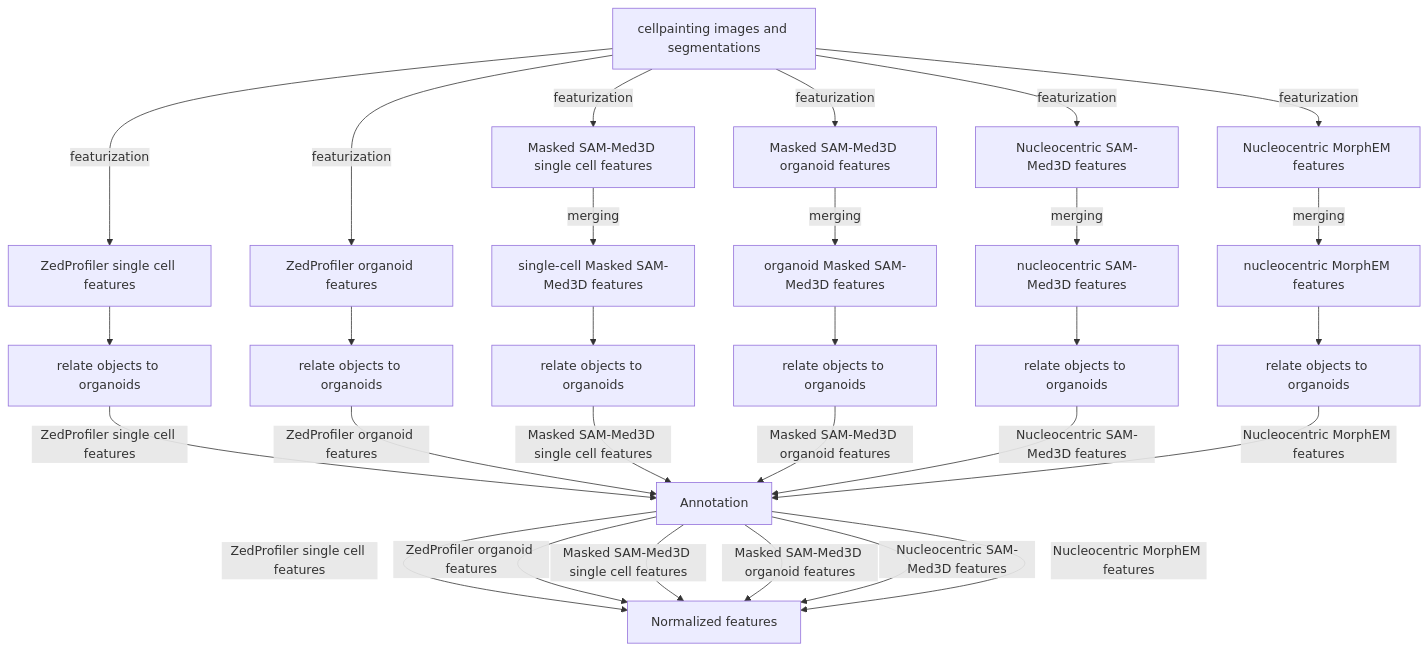
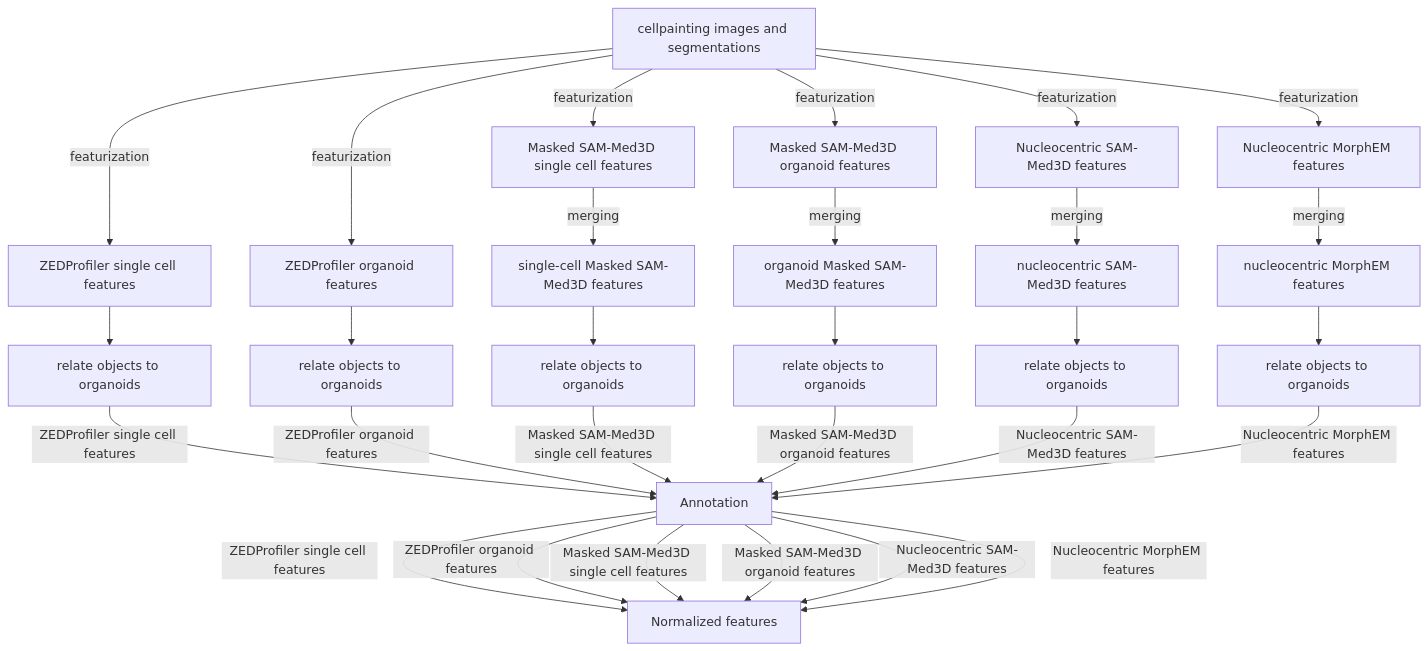
Before and after one commit to WayScience/NF1_3D_organoid_profiling_pipeline: the diagram in 4a.image_based_profiles_pilot/README.md, drawn with Mermaid. The commit also changed other lines of this file and 4 other files, not shown here.

````diff
--- a/4a.image_based_profiles_pilot/README.md
+++ b/4a.image_based_profiles_pilot/README.md
@@ -266,36 +266,36 @@
 ```mermaid
 flowchart TD
     A1[cellpainting images and segmentations]
 
-    A1 -->|featurization| B[ZedProfiler single cell features ]
-    A1 -->|featurization| C[ZedProfiler organoid features ]
+    A1 -->|featurization| B[ZEDProfiler single cell features ]
+    A1 -->|featurization| C[ZEDProfiler organoid features ]
     A1 -->|featurization| D[Masked SAM-Med3D single cell features ]
     A1 -->|featurization| E[Masked SAM-Med3D organoid features ]
     A1 -->|featurization| F[Nucleocentric SAM-Med3D features ]
     A1 -->|featurization| G[Nucleocentric MorphEM features ]
 
 
     D --> |merging| G3[single-cell Masked SAM-Med3D features ]
     E --> |merging| G4[organoid Masked SAM-Med3D features ]
     F --> |merging| G5[nucleocentric SAM-Med3D features ]
     G --> |merging| G6[nucleocentric MorphEM features ]
 
     B --> H1[relate objects to organoids]
     C --> H2[relate objects to organoids]
     G3 --> H3[relate objects to organoids]
     G4 --> H4[relate objects to organoids]
     G5 --> H5[relate objects to organoids]
     G6 --> H6[relate objects to organoids]
-    H1 --> |ZedProfiler single cell features| I[Annotation]
-    H2 --> |ZedProfiler organoid features| I
+    H1 --> |ZEDProfiler single cell features| I[Annotation]
+    H2 --> |ZEDProfiler organoid features| I
     H3 --> |Masked SAM-Med3D single cell features| I
     H4 --> |Masked SAM-Med3D organoid features| I
     H5 --> |Nucleocentric SAM-Med3D features| I
     H6 --> |Nucleocentric MorphEM features| I
-    I --> |ZedProfiler single cell features| J[Normalized features]
-    I --> |ZedProfiler organoid features| J
+    I --> |ZEDProfiler single cell features| J[Normalized features]
+    I --> |ZEDProfiler organoid features| J
     I --> |Masked SAM-Med3D single cell features| J
     I --> |Masked SAM-Med3D organoid features| J
     I --> |Nucleocentric SAM-Med3D features| J
     I --> |Nucleocentric MorphEM features| J
 ```
````
